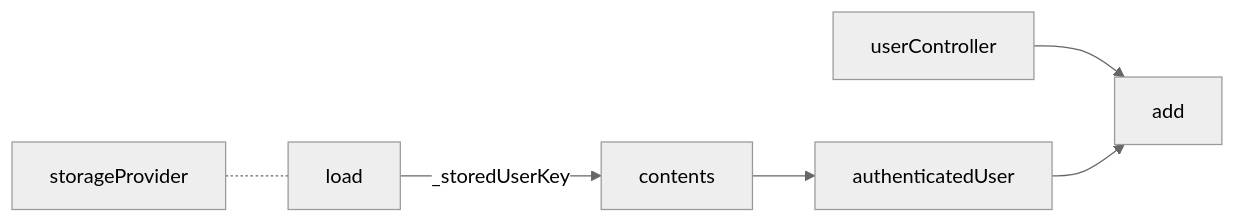
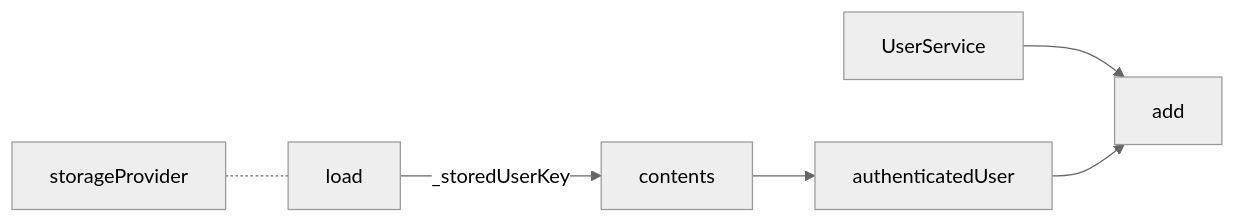
One commit to gordianknotC/nxp_note changed the eighth of 10 diagrams in newage/astro.md. Above: the diagram before and after it, drawn with Mermaid (neutral theme). The commit also changed other lines of this file, not shown here.

````diff
--- a/newage/astro.md
+++ b/newage/astro.md
@@ -129,8 +129,8 @@
 ```mermaid
 graph LR
 storageProvider -.- load
 load --> |_storedUserKey| contents
 contents --> authenticatedUser
-userController --> add
+UserService--> add
 authenticatedUser --> add
 ```
````
